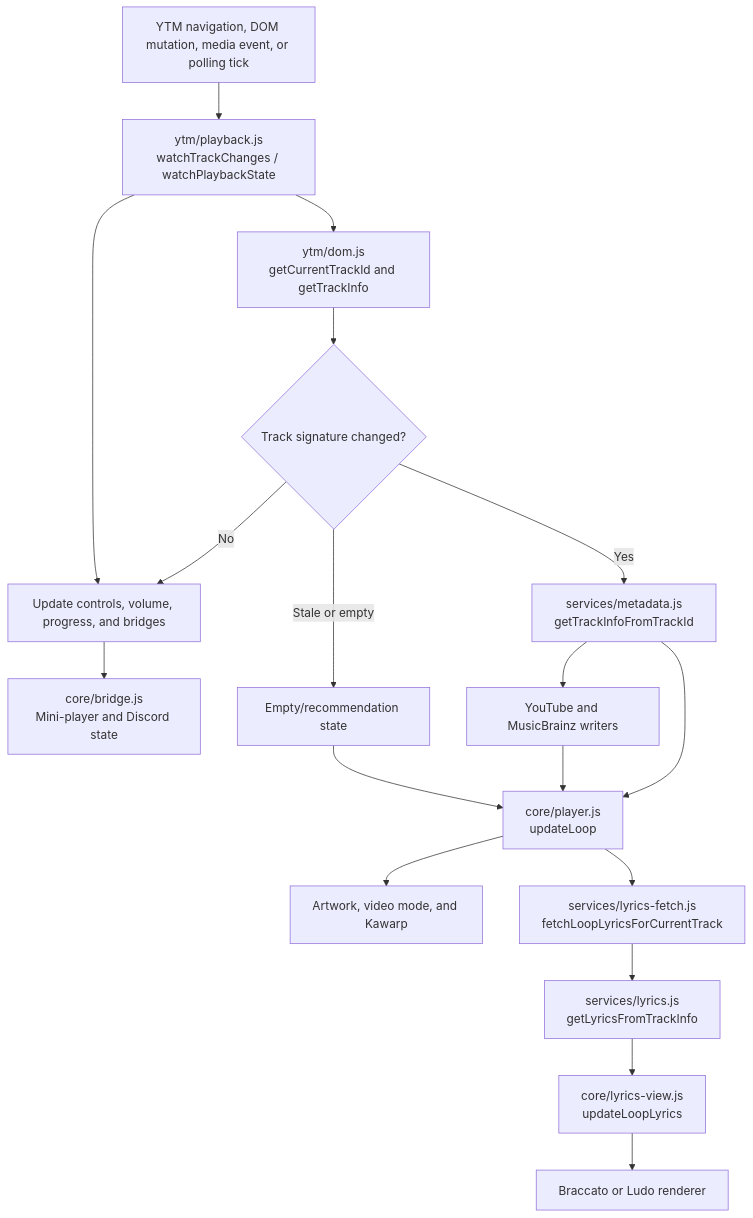
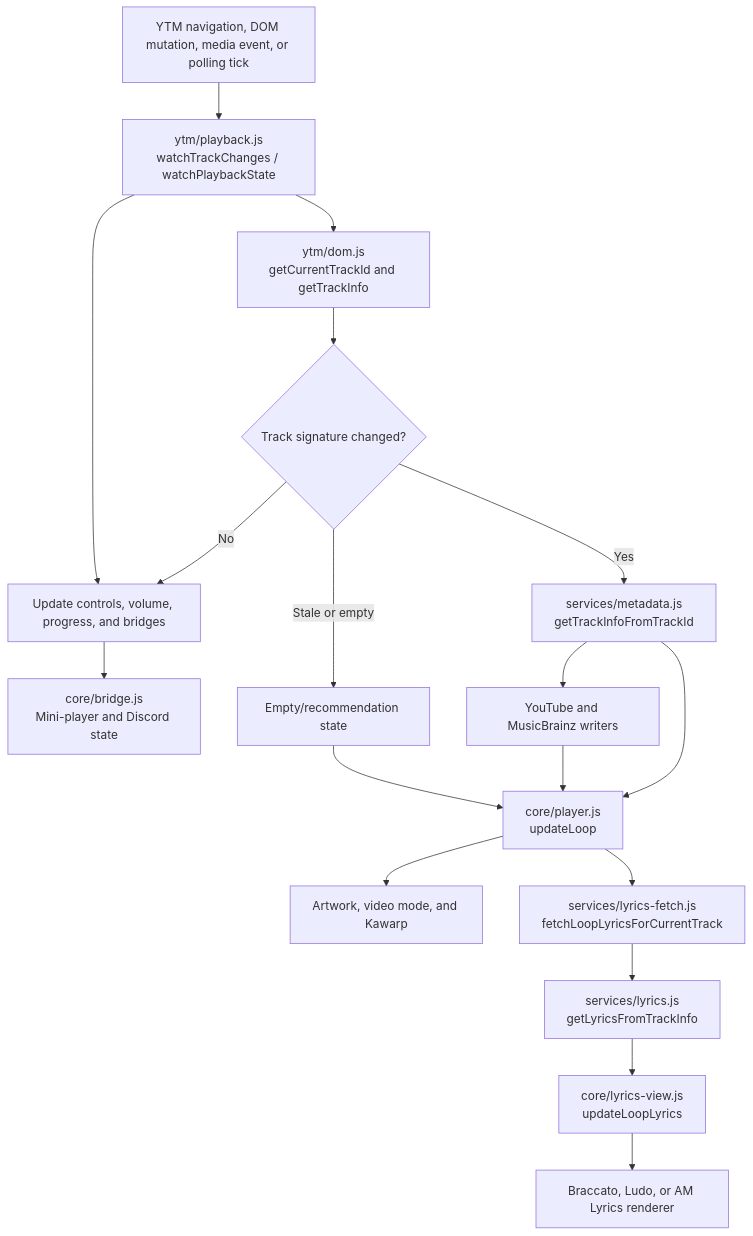
Before and after one commit to loop-mp3/loop: the third of 6 diagrams in SKILL.md, drawn with Mermaid. The commit also changed other lines of this file and 11 other files, not shown here.

````diff
--- a/SKILL.md
+++ b/SKILL.md
@@ -254,20 +255,20 @@
 ```mermaid
 flowchart TD
     Event["YTM navigation, DOM mutation, media event, or polling tick"] --> Observe["ytm/playback.js\nwatchTrackChanges / watchPlaybackState"]
     Observe --> Identity["ytm/dom.js\ngetCurrentTrackId and getTrackInfo"]
     Identity --> Signature{"Track signature changed?"}
     Signature -->|No| Controls["Update controls, volume, progress, and bridges"]
     Signature -->|Yes| Metadata["services/metadata.js\ngetTrackInfoFromTrackId"]
     Metadata --> Render["core/player.js\nupdateLoop"]
     Render --> Artwork["Artwork, video mode, and Kawarp"]
     Render --> LyricsFetch["services/lyrics-fetch.js\nfetchLoopLyricsForCurrentTrack"]
     LyricsFetch --> LyricsResolve["services/lyrics.js\ngetLyricsFromTrackInfo"]
     LyricsResolve --> LyricsView["core/lyrics-view.js\nupdateLoopLyrics"]
-    LyricsView --> Renderer["Braccato or Ludo renderer"]
+    LyricsView --> Renderer["Braccato, Ludo, or AM Lyrics renderer"]
     Observe --> Controls
     Controls --> Bridge["core/bridge.js\nMini-player and Discord state"]
     Metadata --> Writers["YouTube and MusicBrainz writers"]
     Writers --> Render
     Signature -->|Stale or empty| Empty["Empty/recommendation state"]
     Empty --> Render
 ```
````
